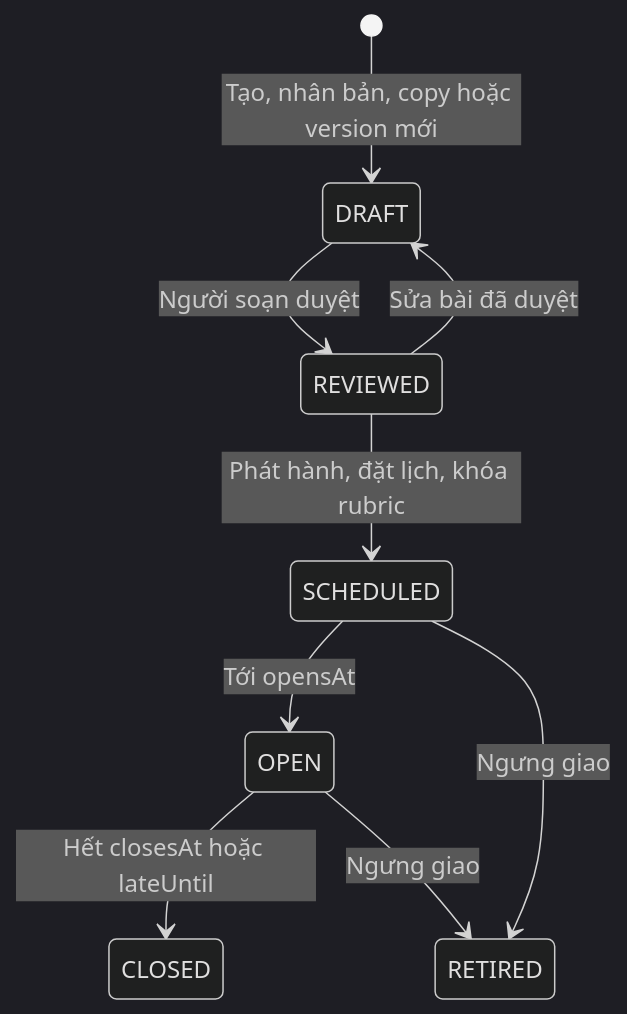
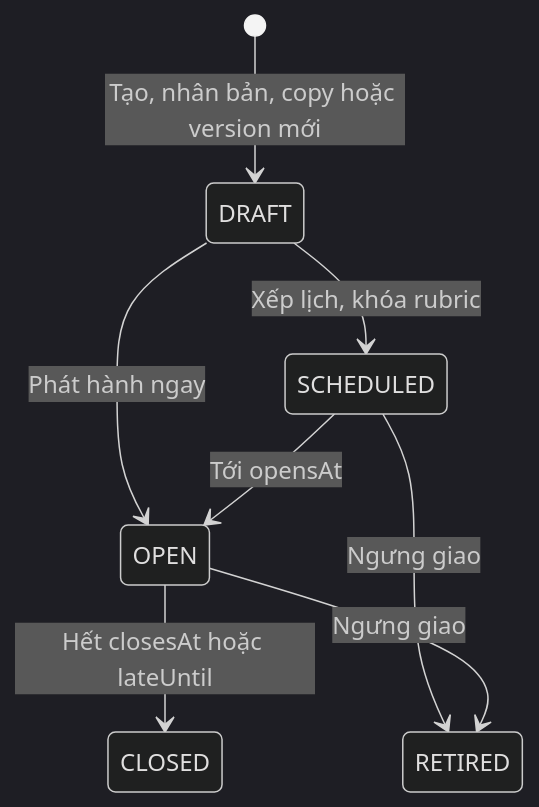
One commit to hygef-v4/AI-Powered-Learning-Platform changed the diagram in aidlc-docs/construction/u07-assignment-authoring/functional-design/domain-entities.md. Above: the diagram before and after it, drawn with Mermaid (dark theme). The commit also changed other lines of this file and 1462 other files, not shown here.

````diff
--- a/aidlc-docs/construction/u07-assignment-authoring/functional-design/domain-entities.md
+++ b/aidlc-docs/construction/u07-assignment-authoring/functional-design/domain-entities.md
@@ -45,11 +46,10 @@
 ```mermaid
 stateDiagram-v2
     [*] --> DRAFT: Tạo, nhân bản, copy hoặc version mới
-    DRAFT --> REVIEWED: Người soạn duyệt
-    REVIEWED --> DRAFT: Sửa bài đã duyệt
-    REVIEWED --> SCHEDULED: Phát hành, đặt lịch, khóa rubric
+    DRAFT --> SCHEDULED: Xếp lịch, khóa rubric
+    DRAFT --> OPEN: Phát hành ngay
     SCHEDULED --> OPEN: Tới opensAt
     OPEN --> CLOSED: Hết closesAt hoặc lateUntil
     SCHEDULED --> RETIRED: Ngưng giao
     OPEN --> RETIRED: Ngưng giao
 ```
````
